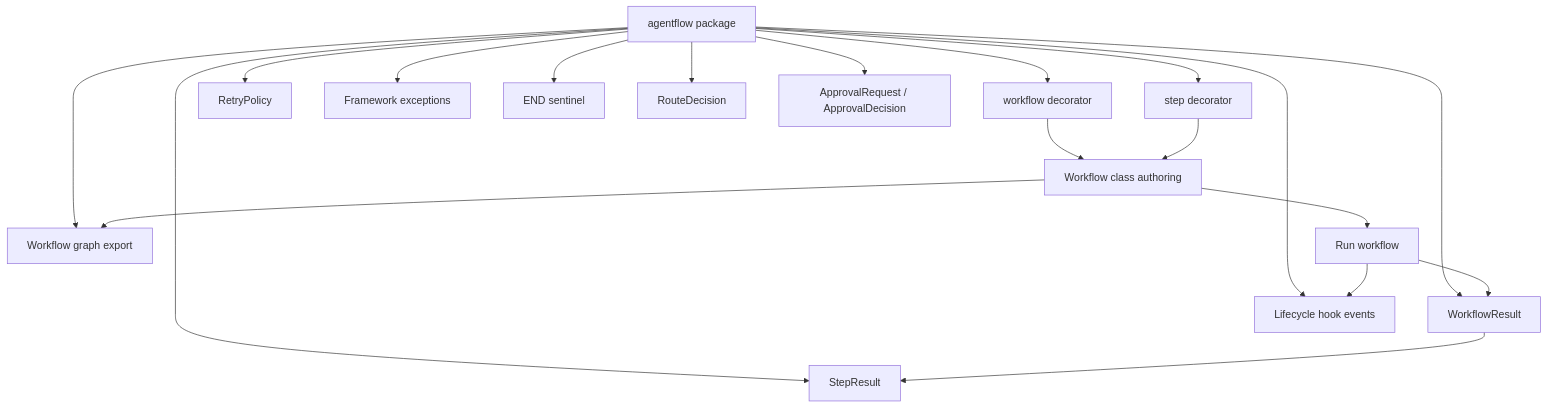
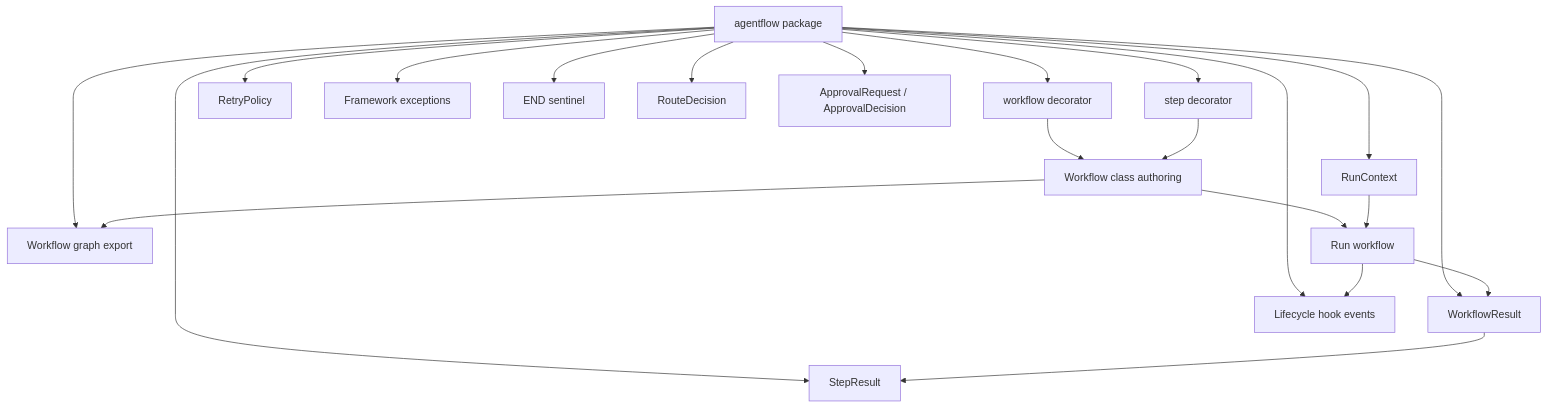
One commit to danishali778/agentflowkit changed the diagram in docs/architecture/api.md. Above: the diagram before and after it, drawn with Mermaid. The commit also changed other lines of this file and 15 other files, not shown here.

````diff
--- a/docs/architecture/api.md
+++ b/docs/architecture/api.md
@@ -49,21 +51,23 @@
 ```mermaid
 flowchart TD
     A[agentflow package] --> B[workflow decorator]
     A --> C[step decorator]
     A --> D[WorkflowResult]
     A --> E[StepResult]
     A --> F[RetryPolicy]
     A --> G[Framework exceptions]
+    A --> O[RunContext]
     A --> J[END sentinel]
     A --> K[RouteDecision]
     A --> L[ApprovalRequest / ApprovalDecision]
     A --> M[Workflow graph export]
     A --> N[Lifecycle hook events]
     B --> H[Workflow class authoring]
     C --> H
     H --> I[Run workflow]
     I --> D
     I --> N
     D --> E
+    O --> I
     H --> M
 ```
````
